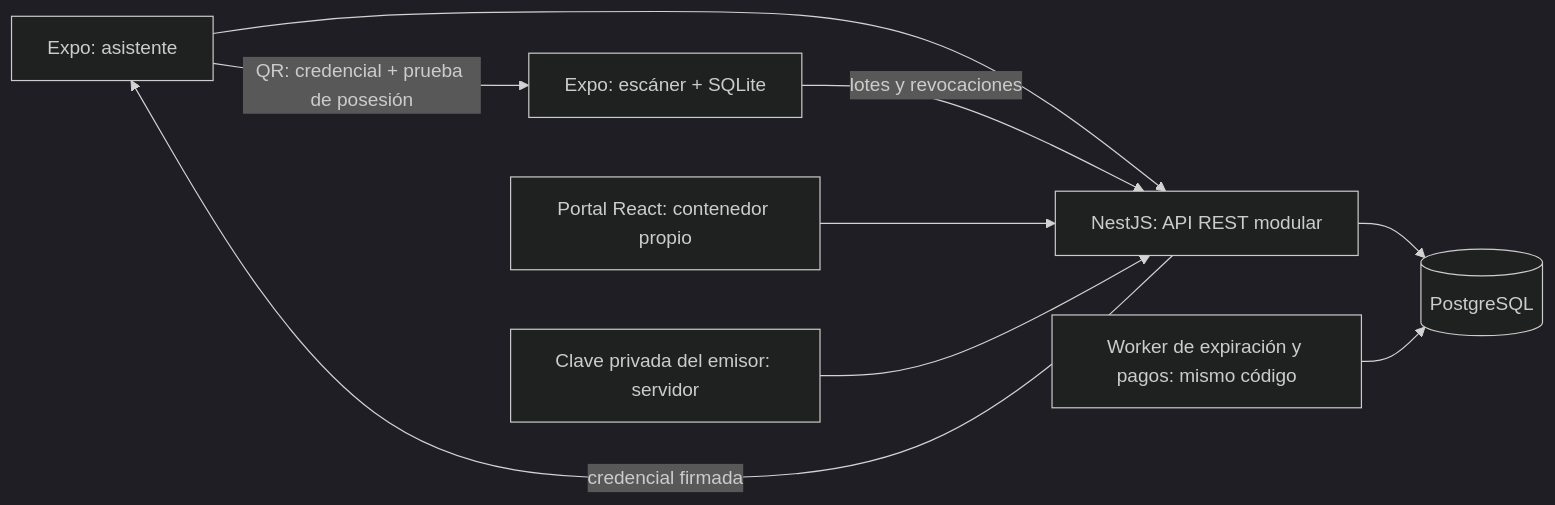
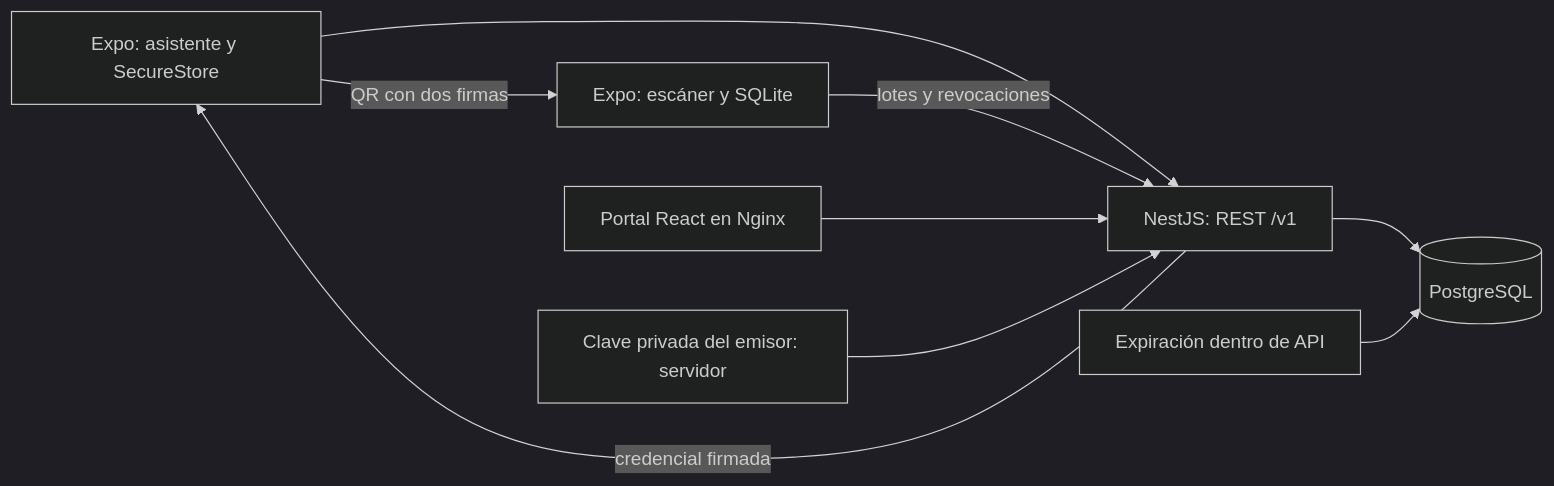
One commit to Fedgo29/hypernovalabs_pruebatecnica changed the diagram in docs/architecture/overview.md. Above: the diagram before and after it, drawn with Mermaid (dark theme). The commit also changed other lines of this file and 86 other files, not shown here.

````diff
--- a/docs/architecture/overview.md
+++ b/docs/architecture/overview.md
@@ -9,11 +7,11 @@
 ```mermaid
 flowchart LR
-  A[Expo: asistente] --> API[NestJS: API REST modular]
-  S[Expo: escáner + SQLite] -->|lotes y revocaciones| API
-  W[Portal React: contenedor propio] --> API
+  A[Expo: asistente y SecureStore] --> API[NestJS: REST /v1]
+  S[Expo: escáner y SQLite] -->|lotes y revocaciones| API
+  W[Portal React en Nginx] --> API
   API --> DB[(PostgreSQL)]
-  J[Worker de expiración y pagos: mismo código] --> DB
+  E[Expiración dentro de API] --> DB
   K[Clave privada del emisor: servidor] --> API
   API -->|credencial firmada| A
-  A -->|QR: credencial + prueba de posesión| S
+  A -->|QR con dos firmas| S
 ```
````
